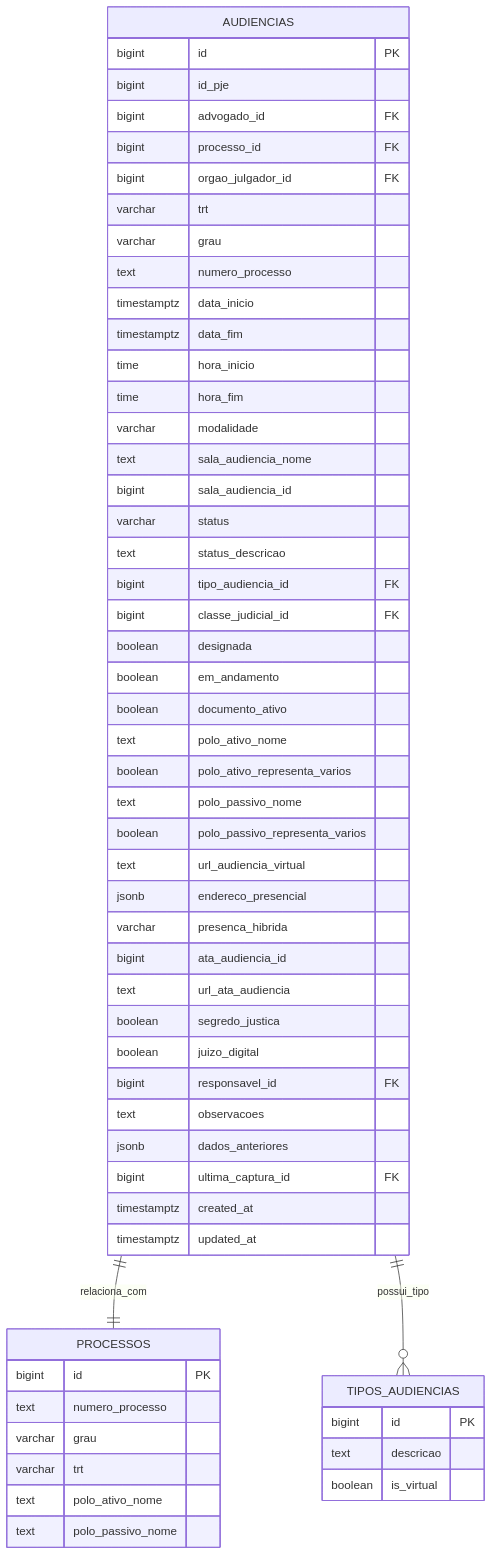
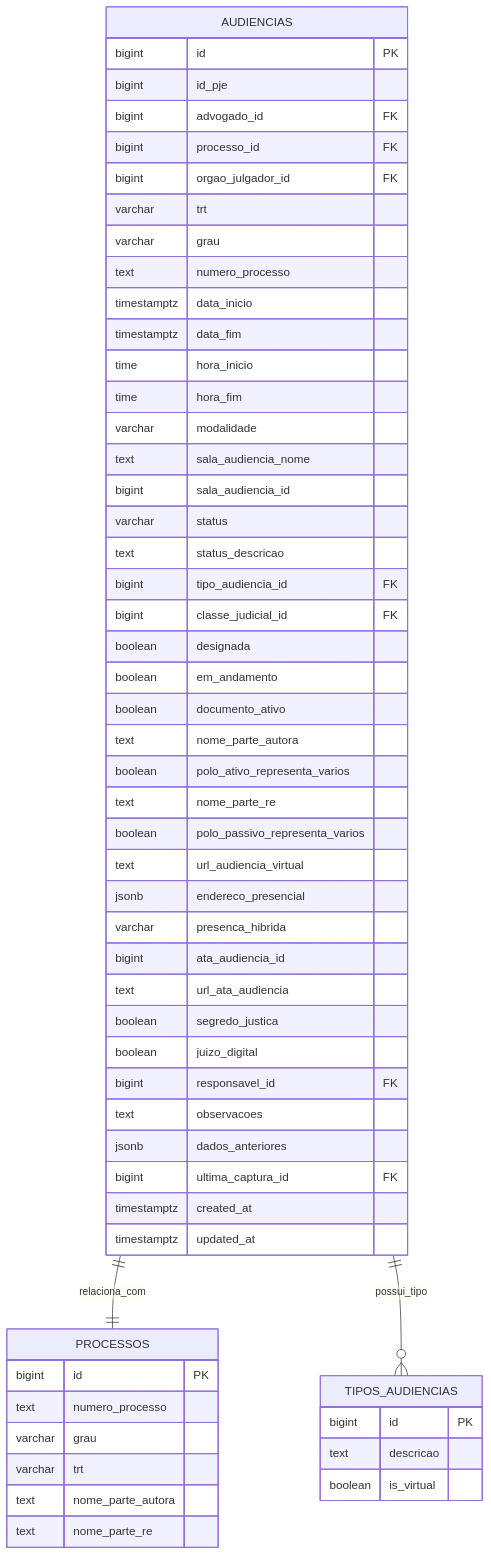
Before and after one commit to SinesysTech/zattar-os: the second of 20 diagrams in .qoder/repowiki/en/content/Audiência Management.md, drawn with Mermaid. The commit also changed other lines of this file and 4 other files, not shown here.

````diff
--- a/.qoder/repowiki/en/content/Audiência Management.md
+++ b/.qoder/repowiki/en/content/Audiência Management.md
@@ -143,59 +145,59 @@
 ```mermaid
 erDiagram
 AUDIENCIAS {
 bigint id PK
 bigint id_pje
 bigint advogado_id FK
 bigint processo_id FK
 bigint orgao_julgador_id FK
 varchar trt
 varchar grau
 text numero_processo
 timestamptz data_inicio
 timestamptz data_fim
 time hora_inicio
 time hora_fim
 varchar modalidade
 text sala_audiencia_nome
 bigint sala_audiencia_id
 varchar status
 text status_descricao
 bigint tipo_audiencia_id FK
 bigint classe_judicial_id FK
 boolean designada
 boolean em_andamento
 boolean documento_ativo
-text polo_ativo_nome
+text nome_parte_autora
 boolean polo_ativo_representa_varios
-text polo_passivo_nome
+text nome_parte_re
 boolean polo_passivo_representa_varios
 text url_audiencia_virtual
 jsonb endereco_presencial
 varchar presenca_hibrida
 bigint ata_audiencia_id
 text url_ata_audiencia
 boolean segredo_justica
 boolean juizo_digital
 bigint responsavel_id FK
 text observacoes
 jsonb dados_anteriores
 bigint ultima_captura_id FK
 timestamptz created_at
 timestamptz updated_at
 }
 PROCESSOS {
 bigint id PK
 text numero_processo
 varchar grau
 varchar trt
-text polo_ativo_nome
-text polo_passivo_nome
+text nome_parte_autora
+text nome_parte_re
 }
 TIPOS_AUDIENCIAS {
 bigint id PK
 text descricao
 boolean is_virtual
 }
 AUDIENCIAS ||--|| PROCESSOS : "relaciona_com"
 AUDIENCIAS ||--o{ TIPOS_AUDIENCIAS : "possui_tipo"
 ```
````
